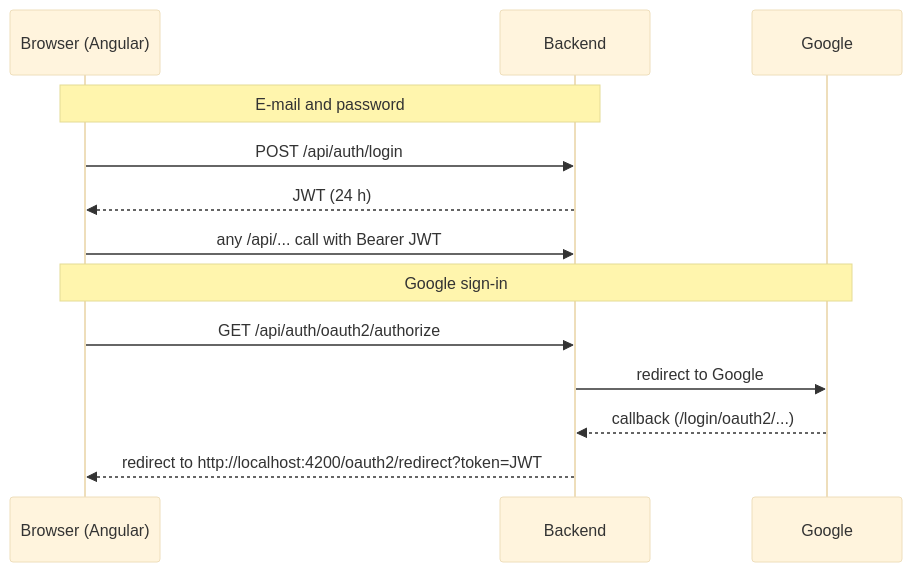
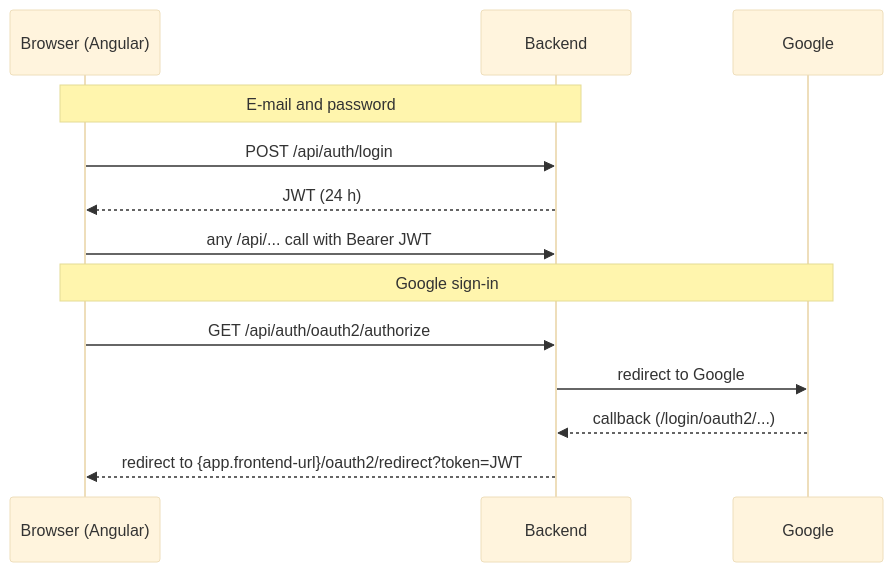
Before and after one commit to kerekdominik/portfolio-manager: the second of 3 diagrams in portfolio-backend/README.md, drawn with Mermaid (base theme). The commit also changed other lines of this file and 25 other files, not shown here.

````diff
--- a/portfolio-backend/README.md
+++ b/portfolio-backend/README.md
@@ -167,15 +172,15 @@
 ```mermaid
 sequenceDiagram
     participant B as Browser (Angular)
     participant A as Backend
     participant G as Google
     Note over B,A: E-mail and password
     B->>A: POST /api/auth/login
     A-->>B: JWT (24 h)
     B->>A: any /api/... call with Bearer JWT
     Note over B,G: Google sign-in
     B->>A: GET /api/auth/oauth2/authorize
     A->>G: redirect to Google
     G-->>A: callback (/login/oauth2/...)
-    A-->>B: redirect to http://localhost:4200/oauth2/redirect?token=JWT
+    A-->>B: redirect to {app.frontend-url}/oauth2/redirect?token=JWT
 ```
````
